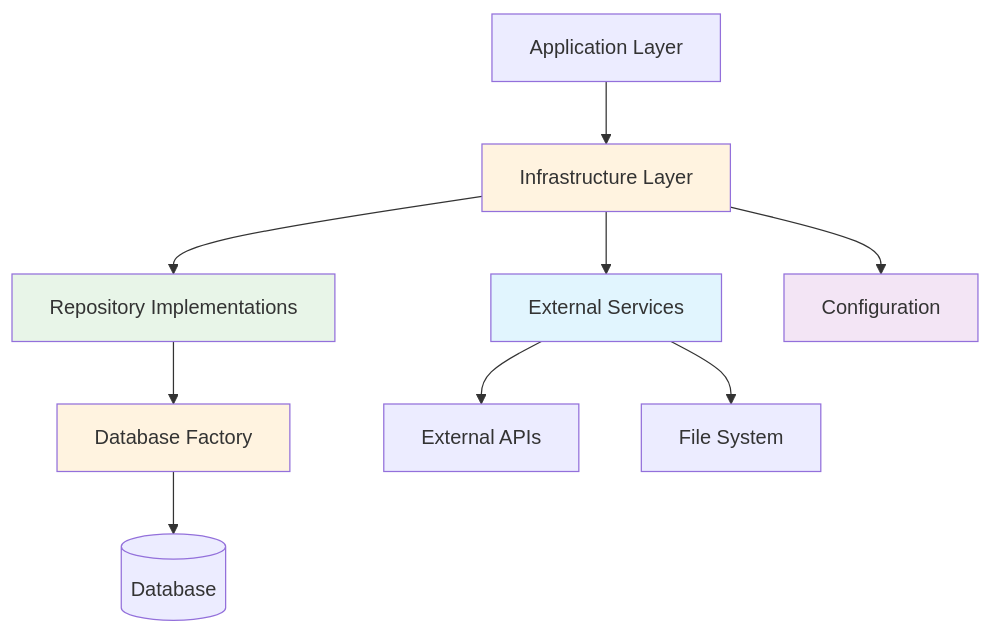
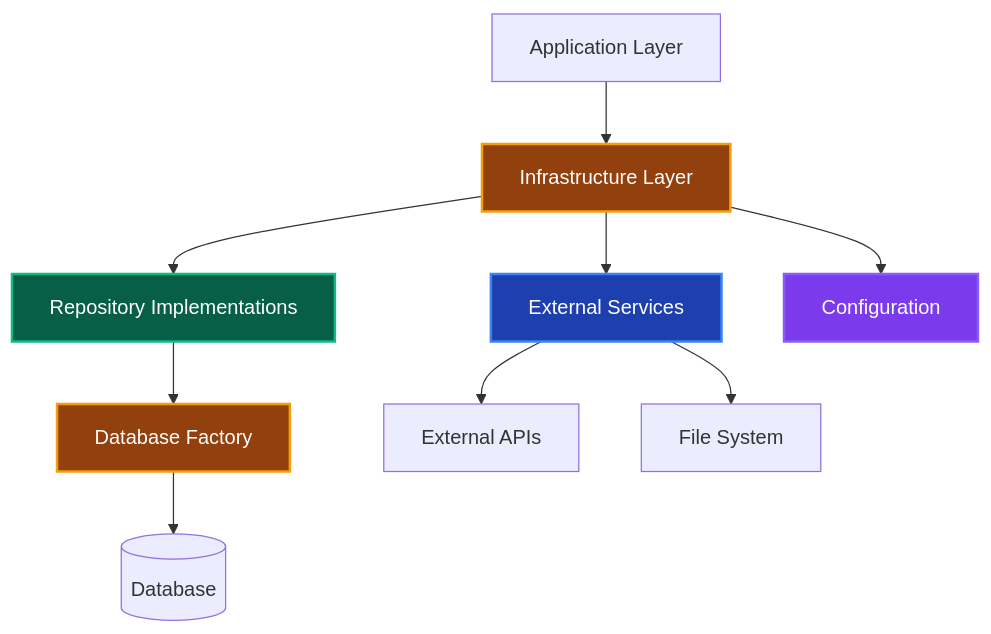
Before and after one commit to derushio/d-next-ddd-example: the diagram in _DOCS/guides/ddd/layers/infrastructure-layer.md, drawn with Mermaid. The commit also changed 31 other files, not shown here.

Commit message:
🎨: DOCSのMermaid図表カラーテーマを暗色に統一し視認性を向上

````diff
--- a/_DOCS/guides/ddd/layers/infrastructure-layer.md
+++ b/_DOCS/guides/ddd/layers/infrastructure-layer.md
@@ -9,19 +9,19 @@
 ```mermaid
 graph TD
     APP[Application Layer] --> INFRA[Infrastructure Layer]
     INFRA --> REPO[Repository Implementations]
     REPO --> DB_FACTORY[Database Factory]
     DB_FACTORY --> DB[(Database)]
     
     INFRA --> SERVICE[External Services]
     SERVICE --> API[External APIs]
     SERVICE --> FILE[File System]
     
     INFRA --> CONFIG[Configuration]
     
-    style INFRA fill:#fff3e0
-    style REPO fill:#e8f5e8
-    style SERVICE fill:#e1f5fe
-    style CONFIG fill:#f3e5f5
-    style DB_FACTORY fill:#fff3e0
+    style INFRA fill:#92400e,stroke:#f59e0b,stroke-width:2px,color:#ffffff
+    style REPO fill:#065f46,stroke:#10b981,stroke-width:2px,color:#ffffff
+    style SERVICE fill:#1e40af,stroke:#3b82f6,stroke-width:2px,color:#ffffff
+    style CONFIG fill:#7c3aed,stroke:#8b5cf6,stroke-width:2px,color:#ffffff
+    style DB_FACTORY fill:#92400e,stroke:#f59e0b,stroke-width:2px,color:#ffffff
 ```
````
